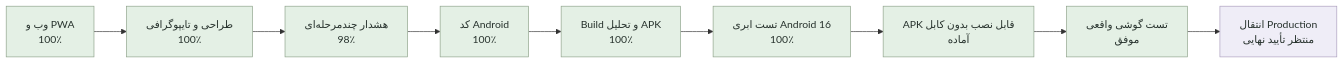
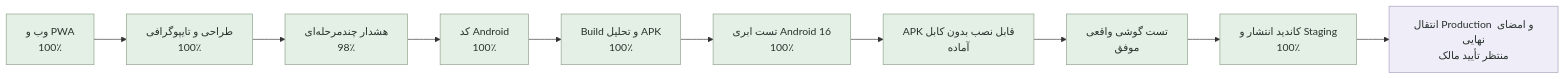
The diagram in PROJECT_STATUS.md (tparkhondeh/personalAgent), drawn with Mermaid before and after one commit. The commit also changed other lines of this file and 3 other files, not shown here.

````diff
--- a/PROJECT_STATUS.md
+++ b/PROJECT_STATUS.md
@@ -18,18 +19,19 @@
 ```mermaid
 flowchart LR
     A[وب و PWA<br/>100٪] --> B[طراحی و تایپوگرافی<br/>100٪]
     B --> C[هشدار چندمرحله‌ای<br/>98٪]
     C --> D[کد Android<br/>100٪]
     D --> E[Build و تحلیل APK<br/>100٪]
     E --> H[تست ابری Android 16<br/>100٪]
     H --> I[APK قابل نصب بدون کابل<br/>آماده]
     I --> G[تست گوشی واقعی<br/>موفق]
-    G --> F[انتقال Production<br/>منتظر تأیید نهایی]
+    G --> J[کاندید انتشار و Staging<br/>100٪]
+    J --> F[انتقال Production و امضای نهایی<br/>منتظر تأیید مالک]
 
     classDef done fill:#e4f0e5,stroke:#8ca088,color:#26312c;
     classDef active fill:#f8eee8,stroke:#d7a98f,color:#26312c;
     classDef pending fill:#efedf7,stroke:#aa9dbc,color:#26312c;
-    class A,B,H,I,G done;
+    class A,B,H,I,G,J done;
     class C,D,E done;
     class F pending;
 ```
````
